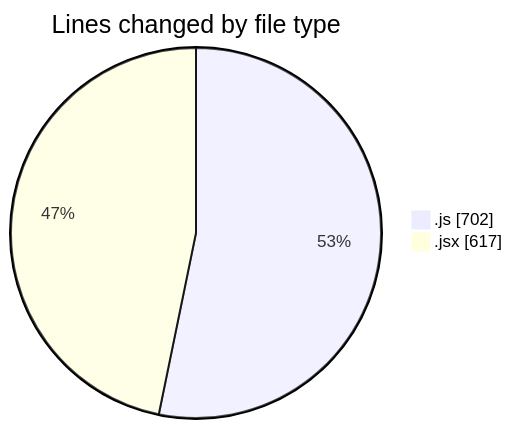
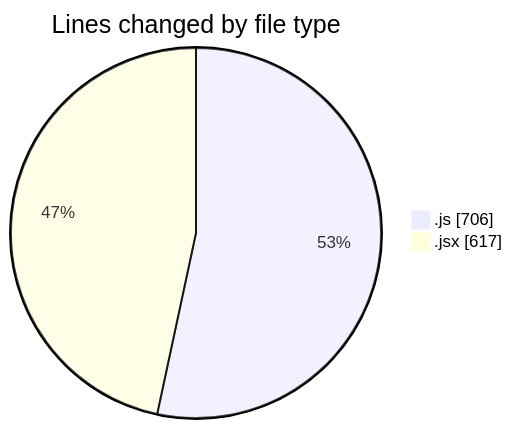
One commit to nxtqubesakshisongat/code-tracking changed the first of 2 diagrams in 2025-05-31/nxtqube_webapp/README.md. Above: the diagram before and after it, drawn with Mermaid. The commit also changed other lines of this file and 1 other file, not shown here.

````diff
--- a/2025-05-31/nxtqube_webapp/README.md
+++ b/2025-05-31/nxtqube_webapp/README.md
@@ -26,6 +26,6 @@
 ```mermaid
 pie showData
 title Lines changed by file type
-".js" : 702
+".js" : 706
 ".jsx" : 617
 ```
````
